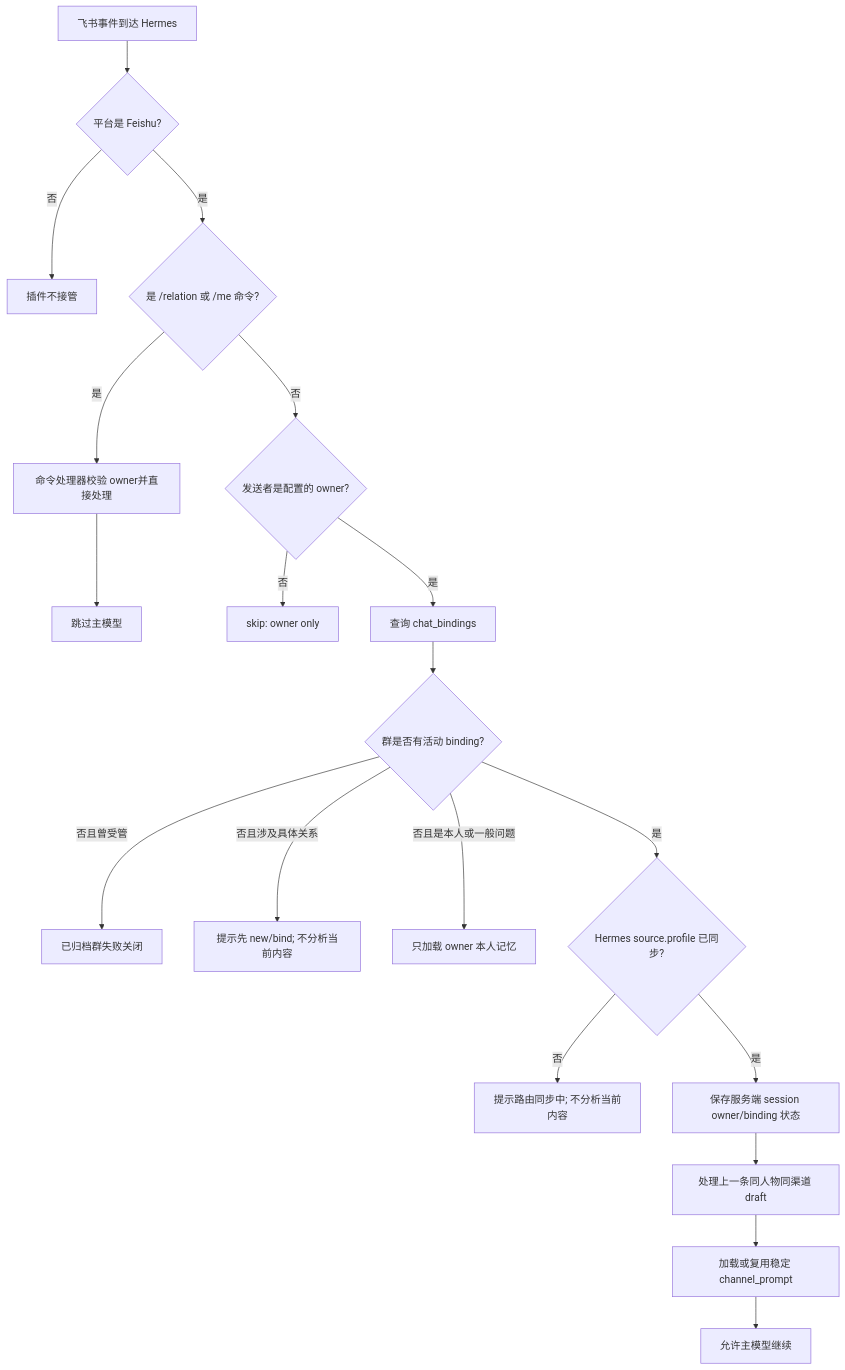
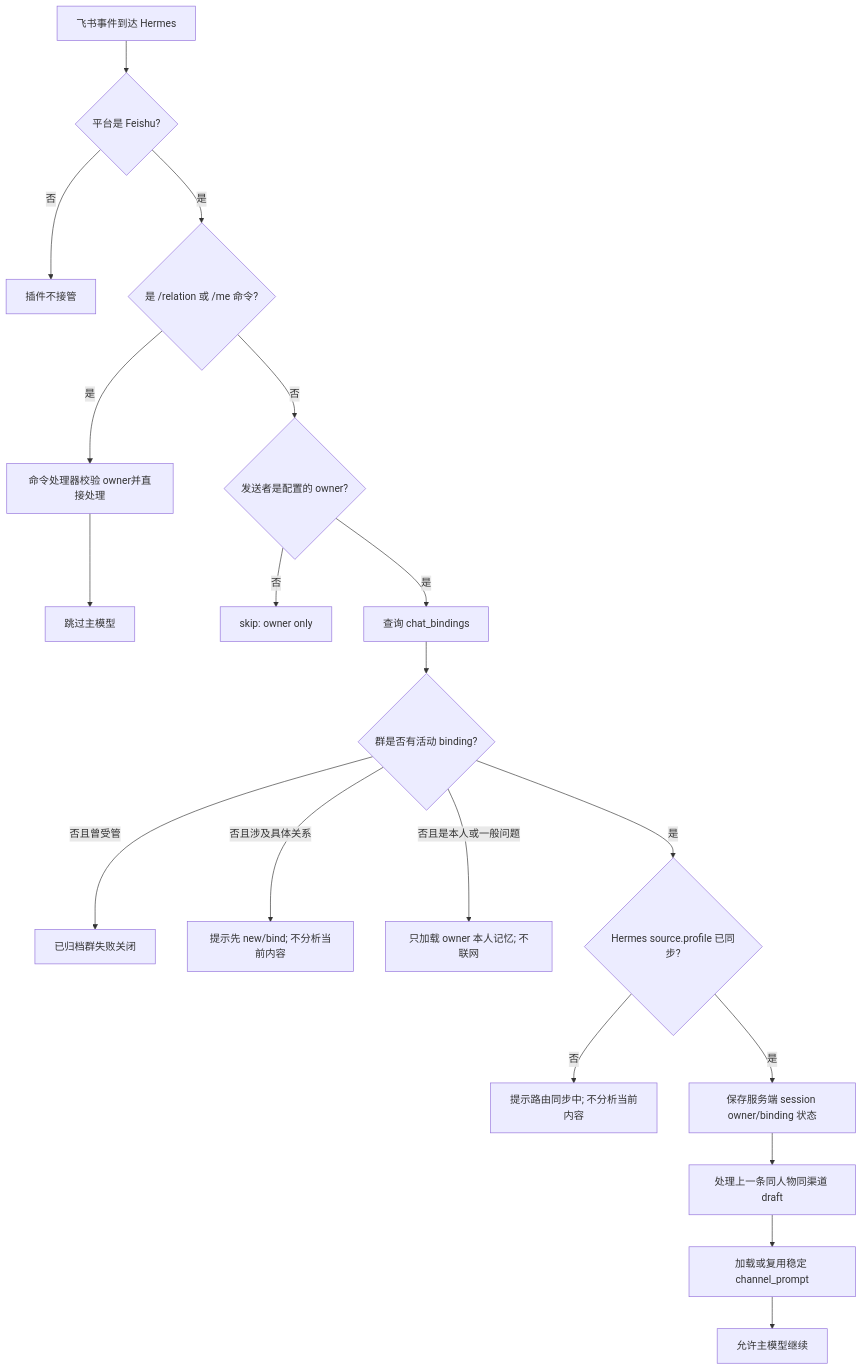
The first of 2 diagrams in documentation/memory-context-routing.md (deng12565/wing-dog), drawn with Mermaid before and after one commit. The commit also changed other lines of this file and 15 other files, not shown here.

````diff
--- a/documentation/memory-context-routing.md
+++ b/documentation/memory-context-routing.md
@@ -88,21 +91,21 @@
 ```mermaid
 flowchart TD
     A[飞书事件到达 Hermes] --> B{平台是 Feishu?}
     B -- 否 --> Z[插件不接管]
     B -- 是 --> C{是 /relation 或 /me 命令?}
     C -- 是 --> D[命令处理器校验 owner并直接处理]
     D --> E[跳过主模型]
     C -- 否 --> F{发送者是配置的 owner?}
     F -- 否 --> G[skip: owner only]
     F -- 是 --> H[查询 chat_bindings]
     H --> I{群是否有活动 binding?}
     I -- 否且曾受管 --> J[已归档群失败关闭]
     I -- 否且涉及具体关系 --> K[提示先 new/bind; 不分析当前内容]
-    I -- 否且是本人或一般问题 --> L[只加载 owner 本人记忆]
+    I -- 否且是本人或一般问题 --> L[只加载 owner 本人记忆; 不联网]
     I -- 是 --> M{Hermes source.profile 已同步?}
     M -- 否 --> N[提示路由同步中; 不分析当前内容]
     M -- 是 --> O[保存服务端 session owner/binding 状态]
     O --> P[处理上一条同人物同渠道 draft]
     P --> Q[加载或复用稳定 channel_prompt]
     Q --> R[允许主模型继续]
 ```
````
